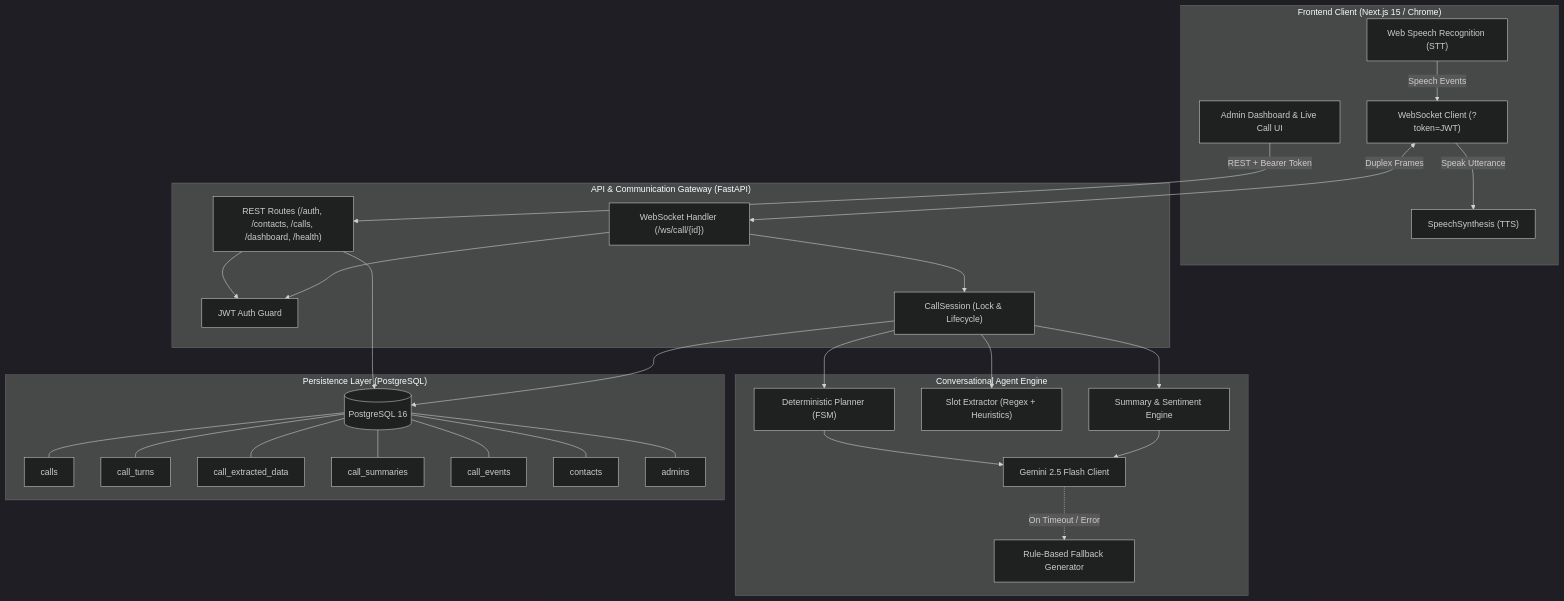
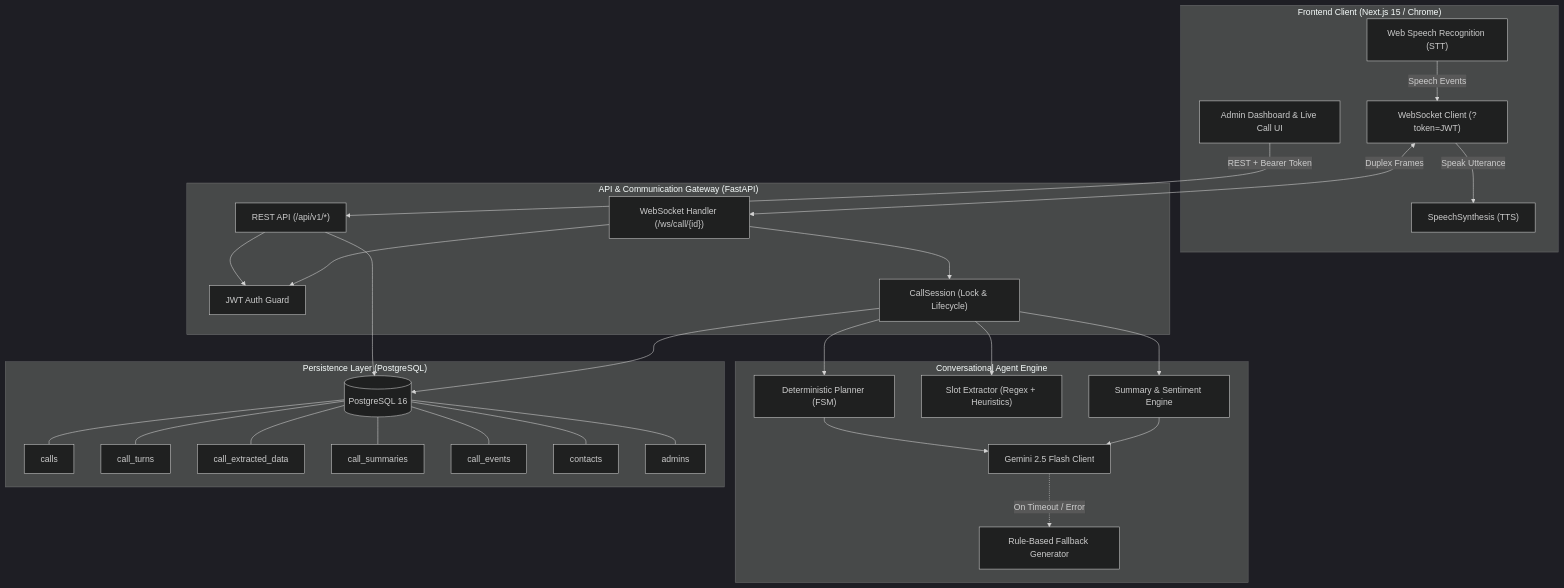
One commit to DurgaPrasadU616/AI-Powered-Two-Way-Calling-Agent changed the first of 4 diagrams in README.md. Above: the diagram before and after it, drawn with Mermaid (dark theme). The commit also changed other lines of this file and 1 other file, not shown here.

````diff
--- a/README.md
+++ b/README.md
@@ -58,60 +58,60 @@
 ```mermaid
 graph TB
     subgraph Client["Frontend Client (Next.js 15 / Chrome)"]
         UI["Admin Dashboard & Live Call UI"]
         STT["Web Speech Recognition (STT)"]
         TTS["SpeechSynthesis (TTS)"]
         WSClient["WebSocket Client (?token=JWT)"]
     end
 
     subgraph Gateway["API & Communication Gateway (FastAPI)"]
         AuthMid["JWT Auth Guard"]
-        REST["REST Routes (/auth, /contacts, /calls, /dashboard, /health)"]
+        REST["REST API (/api/v1/*)"]
         WSRoute["WebSocket Handler (/ws/call/{id})"]
         SessionMgr["CallSession (Lock & Lifecycle)"]
     end
 
     subgraph AgentEngine["Conversational Agent Engine"]
         FSM["Deterministic Planner (FSM)"]
         Extractor["Slot Extractor (Regex + Heuristics)"]
         LLMClient["Gemini 2.5 Flash Client"]
         Fallback["Rule-Based Fallback Generator"]
         SummaryEngine["Summary & Sentiment Engine"]
     end
 
     subgraph Storage["Persistence Layer (PostgreSQL)"]
         DB[(PostgreSQL 16)]
         T_Calls["calls"]
         T_Turns["call_turns"]
         T_Extracted["call_extracted_data"]
         T_Summary["call_summaries"]
         T_Events["call_events"]
         T_Contacts["contacts"]
         T_Admins["admins"]
     end
 
     UI -->|REST + Bearer Token| REST
     WSClient <-->|Duplex Frames| WSRoute
     STT -->|Speech Events| WSClient
     WSClient -->|Speak Utterance| TTS
 
     REST --> AuthMid
     WSRoute --> AuthMid
     WSRoute --> SessionMgr
     SessionMgr --> FSM
     SessionMgr --> Extractor
     FSM --> LLMClient
     LLMClient -.->|On Timeout / Error| Fallback
     SessionMgr --> SummaryEngine
     SummaryEngine --> LLMClient
 
     REST --> DB
     SessionMgr --> DB
     DB --- T_Calls
     DB --- T_Turns
     DB --- T_Extracted
     DB --- T_Summary
     DB --- T_Events
     DB --- T_Contacts
     DB --- T_Admins
 ```
````
